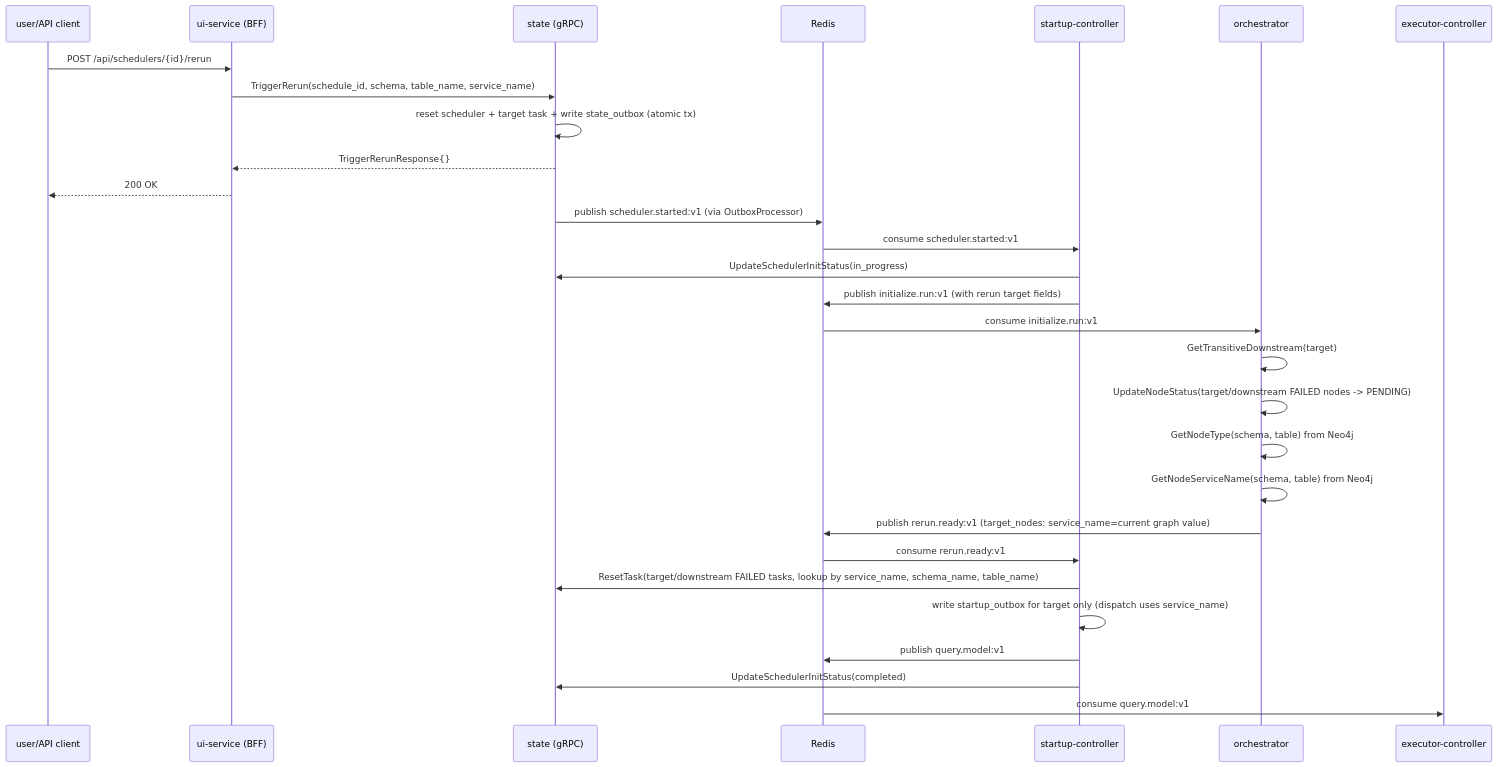
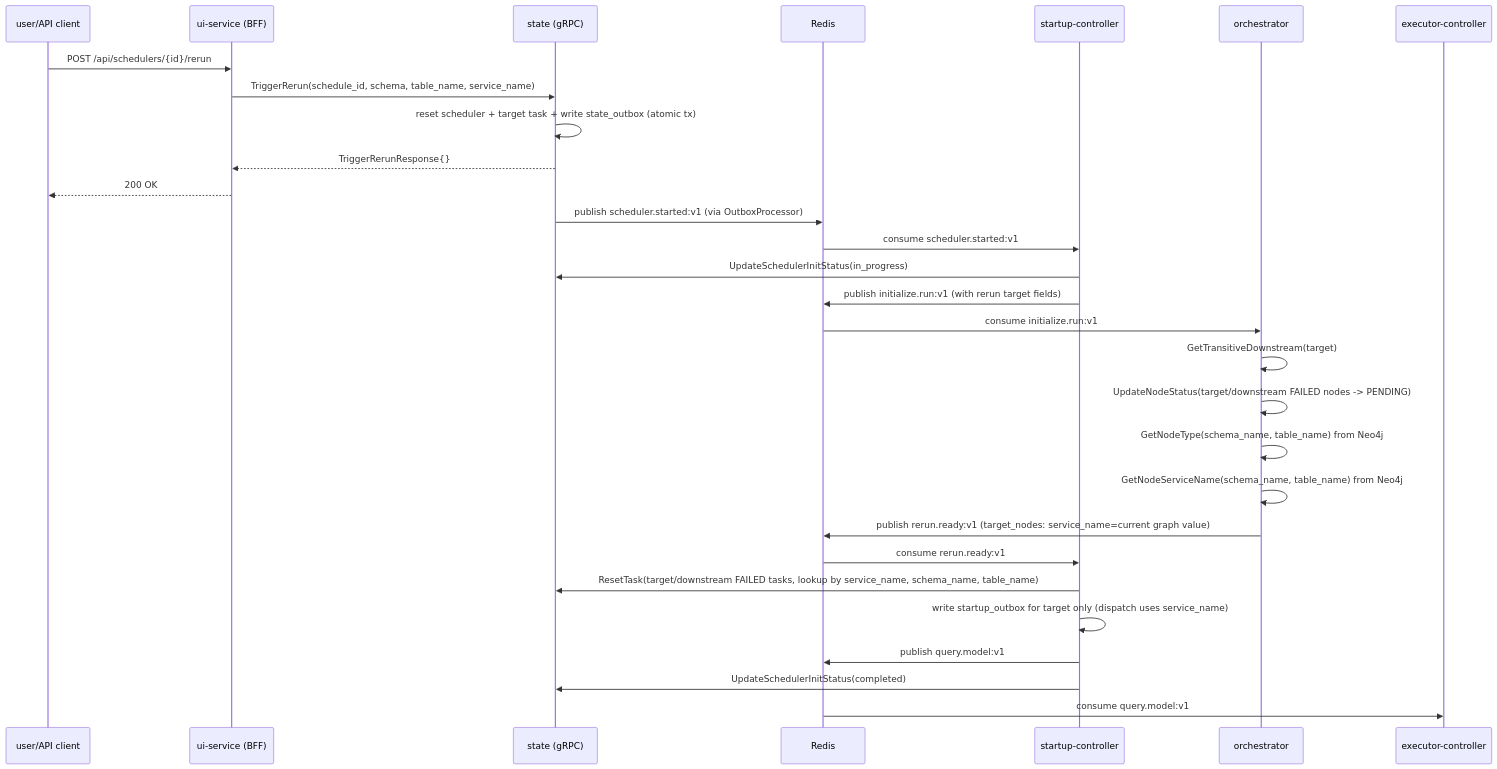
The fourth of 5 diagrams in docs/arch/03-sequence-flows.md (carolsimone/continuo), drawn with Mermaid before and after one commit. The commit also changed 3 other files, not shown here.

First line of the commit message:
docs(arch): align docs with schema_name standardization

````diff
--- a/docs/arch/03-sequence-flows.md
+++ b/docs/arch/03-sequence-flows.md
@@ -108,32 +108,32 @@
 ```mermaid
 sequenceDiagram
   participant U as user/API client
   participant UI as ui-service (BFF)
   participant ST as state (gRPC)
   participant R as Redis
   participant SC as startup-controller
   participant OR as orchestrator
   participant EC as executor-controller
 
   U->>UI: POST /api/schedulers/{id}/rerun
   UI->>ST: TriggerRerun(schedule_id, schema, table_name, service_name)
   ST->>ST: reset scheduler + target task + write state_outbox (atomic tx)
   ST-->>UI: TriggerRerunResponse{}
   UI-->>U: 200 OK
   ST->>R: publish scheduler.started:v1 (via OutboxProcessor)
   R->>SC: consume scheduler.started:v1
   SC->>ST: UpdateSchedulerInitStatus(in_progress)
   SC->>R: publish initialize.run:v1 (with rerun target fields)
   R->>OR: consume initialize.run:v1
   OR->>OR: GetTransitiveDownstream(target)
   OR->>OR: UpdateNodeStatus(target/downstream FAILED nodes -> PENDING)
-  OR->>OR: GetNodeType(schema, table) from Neo4j
-  OR->>OR: GetNodeServiceName(schema, table) from Neo4j
+  OR->>OR: GetNodeType(schema_name, table_name) from Neo4j
+  OR->>OR: GetNodeServiceName(schema_name, table_name) from Neo4j
   OR->>R: publish rerun.ready:v1 (target_nodes: service_name=current graph value)
   R->>SC: consume rerun.ready:v1
   SC->>ST: ResetTask(target/downstream FAILED tasks, lookup by service_name, schema_name, table_name)
   SC->>SC: write startup_outbox for target only (dispatch uses service_name)
   SC->>R: publish query.model:v1
   SC->>ST: UpdateSchedulerInitStatus(completed)
   R->>EC: consume query.model:v1
 ```
````
